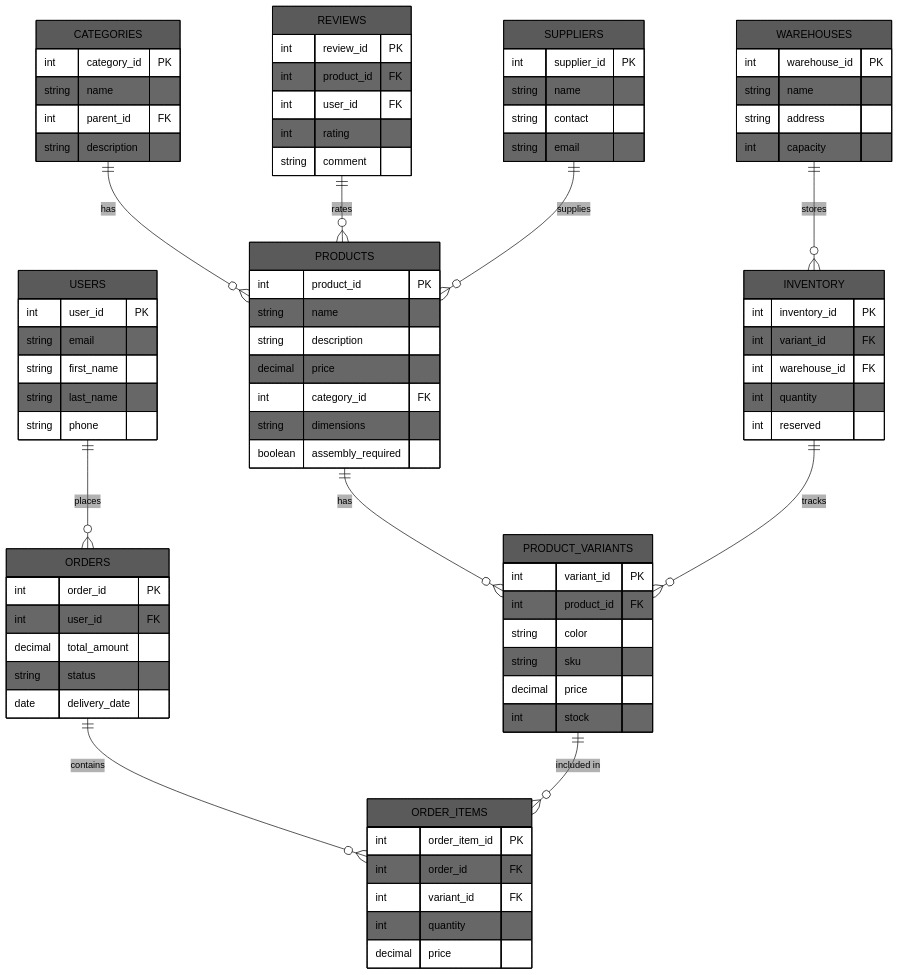
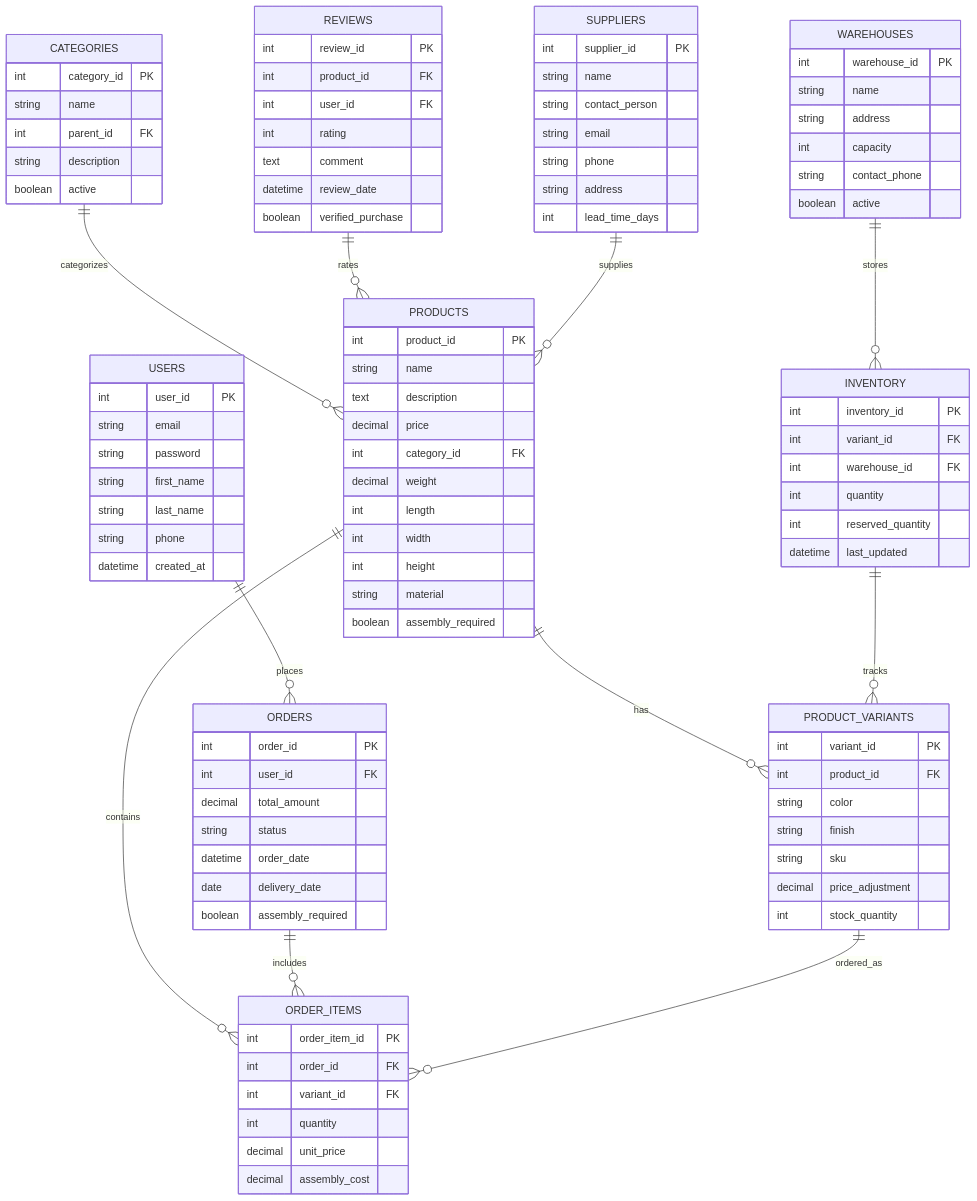
Before and after one commit to Akanksha-codes/furniture-webshop: the diagram in furniture-db-diagram-clear.mermaid, drawn with Mermaid.

```diff
--- a/furniture-db-diagram-clear.mermaid
+++ b/furniture-db-diagram-clear.mermaid
@@ -1,100 +1,109 @@
-%%{init: {
-  'theme': 'base',
-  'themeVariables': {
-    'background': '#ffffff',
-    'primaryColor': '#5a5a5a',
-    'primaryTextColor': '#000000',
-    'primaryBorderColor': '#000000',
-    'lineColor': '#000000',
-    'entityBorder': '#000000'
-  }
-}}%%
 erDiagram
-    USERS ||--o{ ORDERS : "places"
+    USERS ||--o{ ORDERS : places
     USERS {
         int user_id PK
         string email
+        string password
         string first_name
         string last_name
         string phone
+        datetime created_at
     }
     
-    PRODUCTS ||--o{ PRODUCT_VARIANTS : "has"
+    PRODUCTS ||--o{ PRODUCT_VARIANTS : has
+    PRODUCTS ||--o{ ORDER_ITEMS : contains
     PRODUCTS {
         int product_id PK
         string name
-        string description
+        text description
         decimal price
         int category_id FK
-        string dimensions
+        decimal weight
+        int length
+        int width
+        int height
+        string material
         boolean assembly_required
     }
 
-    CATEGORIES ||--o{ PRODUCTS : "has"
+    CATEGORIES ||--o{ PRODUCTS : categorizes
     CATEGORIES {
         int category_id PK
         string name
         int parent_id FK
         string description
+        boolean active
     }
 
-    ORDERS ||--o{ ORDER_ITEMS : "contains"
+    ORDERS ||--o{ ORDER_ITEMS : includes
     ORDERS {
         int order_id PK
         int user_id FK
         decimal total_amount
         string status
+        datetime order_date
         date delivery_date
+        boolean assembly_required
     }
 
-    PRODUCT_VARIANTS ||--o{ ORDER_ITEMS : "included in"
+    PRODUCT_VARIANTS ||--o{ ORDER_ITEMS : ordered_as
     PRODUCT_VARIANTS {
         int variant_id PK
         int product_id FK
         string color
+        string finish
         string sku
-        decimal price
-        int stock
+        decimal price_adjustment
+        int stock_quantity
     }
 
     ORDER_ITEMS {
         int order_item_id PK
         int order_id FK
         int variant_id FK
         int quantity
-        decimal price
+        decimal unit_price
+        decimal assembly_cost
     }
 
-    INVENTORY ||--o{ PRODUCT_VARIANTS : "tracks"
+    INVENTORY ||--o{ PRODUCT_VARIANTS : tracks
     INVENTORY {
         int inventory_id PK
         int variant_id FK
         int warehouse_id FK
         int quantity
-        int reserved
+        int reserved_quantity
+        datetime last_updated
     }
 
-    WAREHOUSES ||--o{ INVENTORY : "stores"
+    WAREHOUSES ||--o{ INVENTORY : stores
     WAREHOUSES {
         int warehouse_id PK
         string name
         string address
         int capacity
+        string contact_phone
+        boolean active
     }
 
-    REVIEWS ||--o{ PRODUCTS : "rates"
+    REVIEWS ||--o{ PRODUCTS : rates
     REVIEWS {
         int review_id PK
         int product_id FK
         int user_id FK
         int rating
-        string comment
+        text comment
+        datetime review_date
+        boolean verified_purchase
     }
 
-    SUPPLIERS ||--o{ PRODUCTS : "supplies"
+    SUPPLIERS ||--o{ PRODUCTS : supplies
     SUPPLIERS {
         int supplier_id PK
         string name
-        string contact
+        string contact_person
         string email
+        string phone
+        string address
+        int lead_time_days
     }
```
